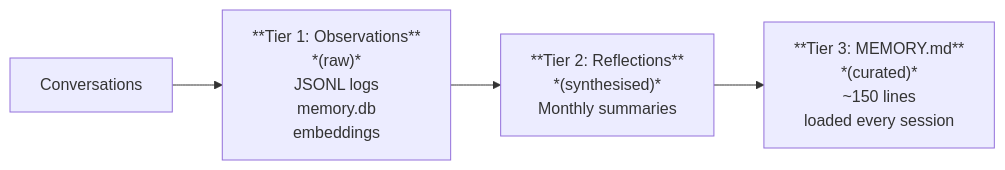
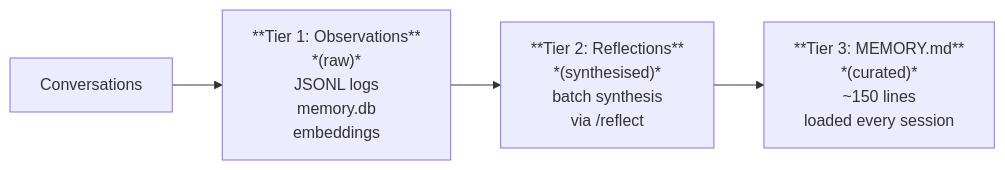
The diagram in docs/memory.md (wiktordepina/mait-code), drawn with Mermaid before and after one commit. The commit also changed other lines of this file and 6 other files, not shown here.

````diff
--- a/docs/memory.md
+++ b/docs/memory.md
@@ -9,10 +9,10 @@
 ```mermaid
 graph LR
     C[Conversations] --> T1
 
     T1["**Tier 1: Observations**<br>*(raw)*<br>JSONL logs<br>memory.db<br>embeddings"]
-    T2["**Tier 2: Reflections**<br>*(synthesised)*<br>Monthly summaries"]
+    T2["**Tier 2: Reflections**<br>*(synthesised)*<br>batch synthesis<br>via /reflect"]
     T3["**Tier 3: MEMORY.md**<br>*(curated)*<br>~150 lines<br>loaded every session"]
 
     T1 --> T2 --> T3
 ```
````
